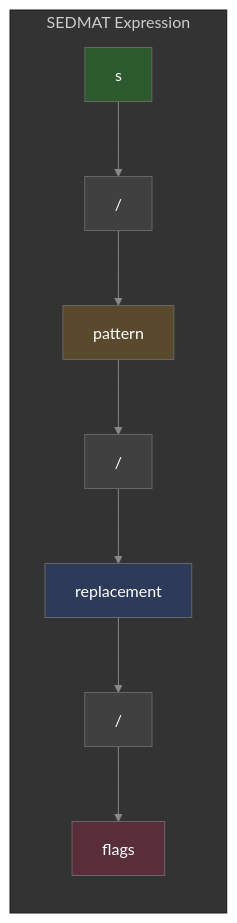
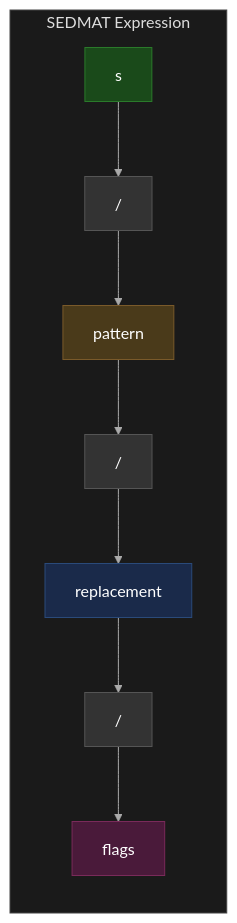
One commit to visionik/sedmat changed the first of 8 diagrams in README.md. Above: the diagram before and after it, drawn with Mermaid. The commit also changed other lines of this file, not shown here.

First line of the commit message:
style: update Mermaid diagrams with darker theme

````diff
--- a/README.md
+++ b/README.md
@@ -55,17 +55,17 @@
 ```mermaid
-%%{init: {'theme': 'base', 'themeVariables': { 'primaryColor': '#404040', 'primaryTextColor': '#ffffff', 'primaryBorderColor': '#666666', 'lineColor': '#888888', 'secondaryColor': '#505050', 'tertiaryColor': '#333333', 'background': '#1a1a1a' }}}%%
+%%{init: {'theme': 'base', 'themeVariables': { 'primaryColor': '#333333', 'primaryTextColor': '#ffffff', 'primaryBorderColor': '#555555', 'lineColor': '#aaaaaa', 'secondaryColor': '#2a2a2a', 'tertiaryColor': '#222222', 'background': '#111111', 'edgeLabelBackground': '#222222', 'clusterBkg': '#1a1a1a', 'clusterBorder': '#444444' }}}%%
 graph LR
     subgraph "SEDMAT Expression"
         CMD[s] --> SEP1["/"]
         SEP1 --> PAT["pattern"]
         PAT --> SEP2["/"]
         SEP2 --> REP["replacement"]
         REP --> SEP3["/"]
         SEP3 --> FLAGS["flags"]
     end
     
-    style CMD fill:#2d5a2d,color:#ffffff
-    style PAT fill:#5a4a2d,color:#ffffff
-    style REP fill:#2d3a5a,color:#ffffff
-    style FLAGS fill:#5a2d3a,color:#ffffff
+    style CMD fill:#1a4a1a,color:#ffffff,stroke:#2a7a2a
+    style PAT fill:#4a3a1a,color:#ffffff,stroke:#7a5a2a
+    style REP fill:#1a2a4a,color:#ffffff,stroke:#2a4a7a
+    style FLAGS fill:#4a1a3a,color:#ffffff,stroke:#7a2a5a
 ```
````
